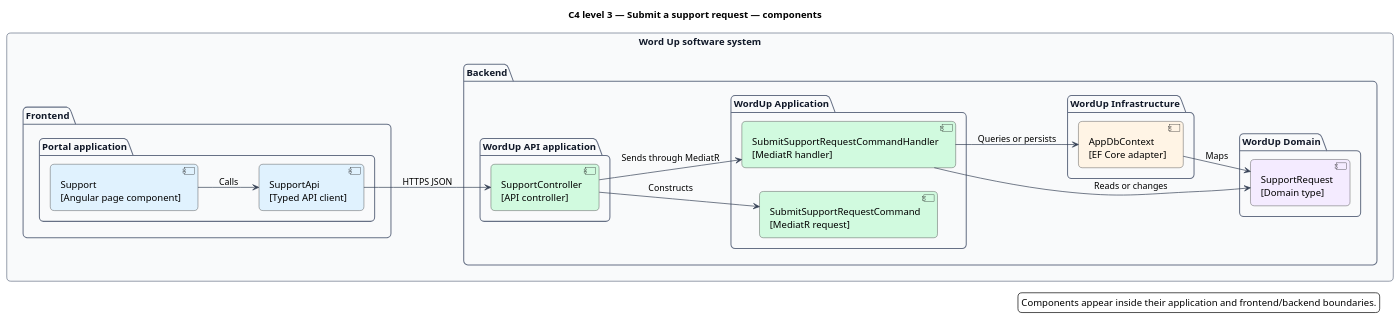
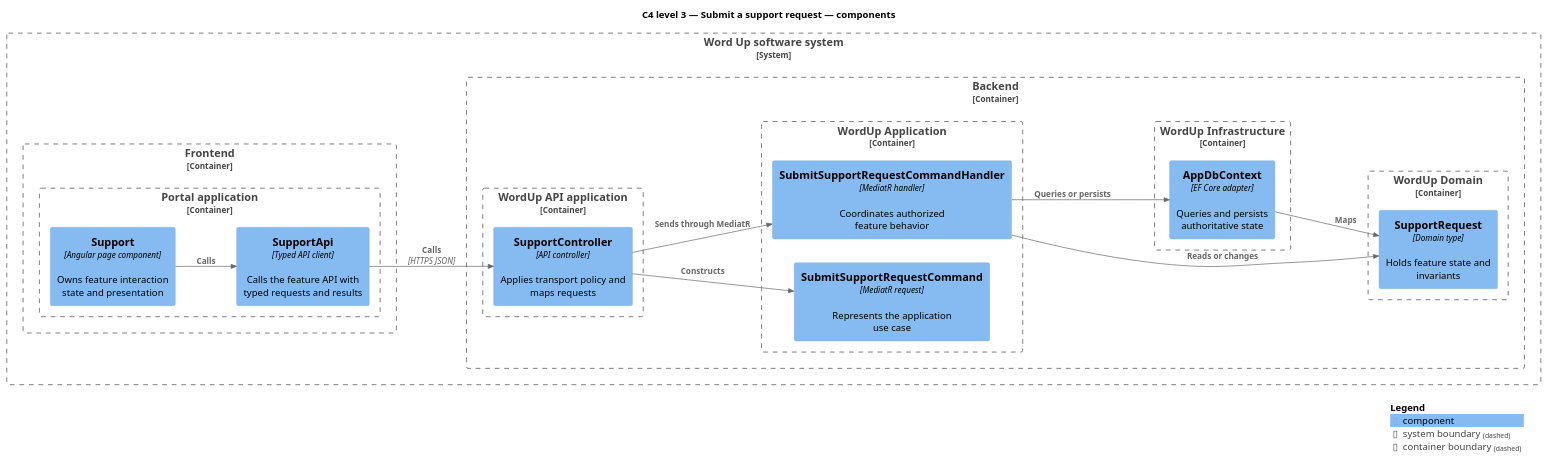
The diagram in docs/detailed-designs/platform-services/submit-support-request/diagrams/c4-component.puml (QuinntyneBrown/waypoint), drawn with PlantUML before and after one commit. The commit also changed 1294 other files, not shown here.

```diff
--- a/docs/detailed-designs/platform-services/submit-support-request/diagrams/c4-component.puml
+++ b/docs/detailed-designs/platform-services/submit-support-request/diagrams/c4-component.puml
@@ -1,51 +1,36 @@
 @startuml
-left to right direction
+!include <C4/C4_Component>
+LAYOUT_LEFT_RIGHT()
 title C4 level 3 — Submit a support request — components
-skinparam backgroundColor #FFFFFF
-skinparam shadowing false
-skinparam roundcorner 12
-skinparam defaultFontName Arial
-skinparam ArrowColor #344054
-skinparam rectangle {
-  BorderColor #344054
-  FontColor #101828
-}
-skinparam package {
-  BorderColor #667085
-  FontColor #101828
-  BackgroundColor #F9FAFB
-}
-rectangle "Word Up software system" as wordup {
-  package "Frontend" {
-    package "Portal application" {
-      component "Support\n[Angular page component]" as page #E0F2FE
-      component "SupportApi\n[Typed API client]" as client #E0F2FE
+System_Boundary(wordup, "Word Up software system") {
+  Container_Boundary(frontend, "Frontend") {
+    Container_Boundary(frontend_app, "Portal application") {
+      Component(page, "Support", "Angular page component", "Owns feature interaction state and presentation")
+      Component(client, "SupportApi", "Typed API client", "Calls the feature API with typed requests and results")
     }
   }
-  package "Backend" {
-    package "WordUp API application" {
-      component "SupportController\n[API controller]" as controller #D1FADF
+  Container_Boundary(backend, "Backend") {
+    Container_Boundary(api_app, "WordUp API application") {
+      Component(controller, "SupportController", "API controller", "Applies transport policy and maps requests")
     }
-    package "WordUp Application" {
-      component "SubmitSupportRequestCommand\n[MediatR request]" as request #D1FADF
-      component "SubmitSupportRequestCommandHandler\n[MediatR handler]" as handler #D1FADF
+    Container_Boundary(application, "WordUp Application") {
+      Component(request, "SubmitSupportRequestCommand", "MediatR request", "Represents the application use case")
+      Component(handler, "SubmitSupportRequestCommandHandler", "MediatR handler", "Coordinates authorized feature behavior")
     }
-    package "WordUp Domain" {
-      component "SupportRequest\n[Domain type]" as entity #F4EBFF
+    Container_Boundary(domain, "WordUp Domain") {
+      Component(entity, "SupportRequest", "Domain type", "Holds feature state and invariants")
     }
-    package "WordUp Infrastructure" {
-      component "AppDbContext\n[EF Core adapter]" as persistence #FFF4E5
+    Container_Boundary(infrastructure, "WordUp Infrastructure") {
+      Component(persistence, "AppDbContext", "EF Core adapter", "Queries and persists authoritative state")
     }
   }
 }
-page --> client : Calls
-client --> controller : HTTPS JSON
-controller --> request : Constructs
-controller --> handler : Sends through MediatR
-handler --> entity : Reads or changes
-handler --> persistence : Queries or persists
-persistence --> entity : Maps
-legend right
-  Components appear inside their application and frontend/backend boundaries.
-endlegend
+Rel(page, client, "Calls")
+Rel(client, controller, "Calls", "HTTPS JSON")
+Rel(controller, request, "Constructs")
+Rel(controller, handler, "Sends through MediatR")
+Rel(handler, entity, "Reads or changes")
+Rel(handler, persistence, "Queries or persists")
+Rel(persistence, entity, "Maps")
+SHOW_LEGEND()
 @enduml
```
